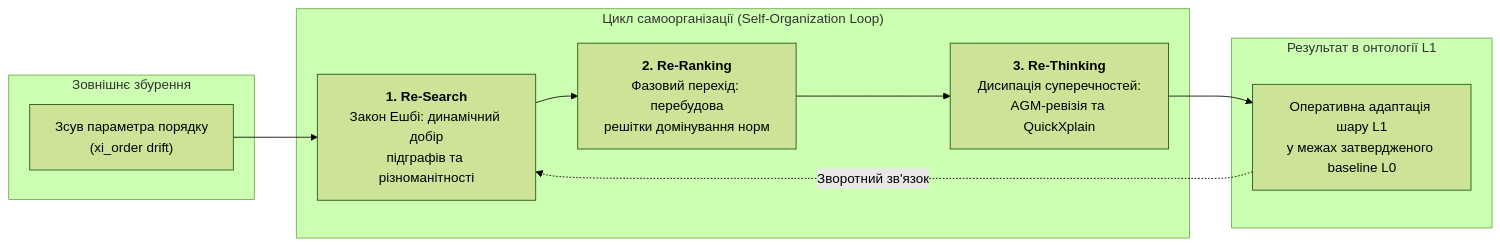
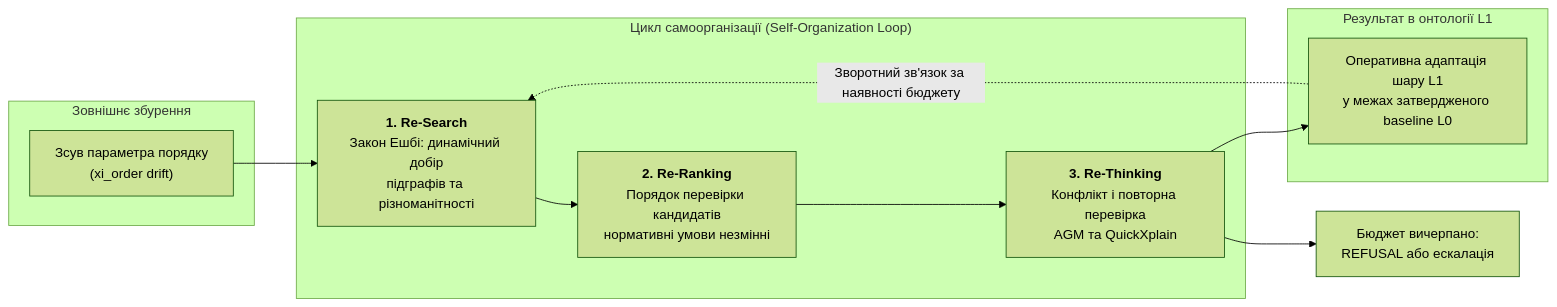
The fifth of 6 diagrams in ExpertSystem/ch35-self-organizing-expert-systems-synergetics-and-npu-runtime.md (nick-fedchik/articles), drawn with Mermaid (forest theme) before and after one commit. The commit also changed other lines of this file and 7 other files, not shown here.

````diff
--- a/ExpertSystem/ch35-self-organizing-expert-systems-synergetics-and-npu-runtime.md
+++ b/ExpertSystem/ch35-self-organizing-expert-systems-synergetics-and-npu-runtime.md
@@ -321,22 +478,25 @@
 ```mermaid
 flowchart LR
+	accTitle: Обмежений цикл добору та перевірки кандидатів
+	accDescr: Пошук і ранжування не змінюють нормативний допуск, а повторення має бюджет і може завершитися відмовою.
     subgraph "Зовнішнє збурення"
         P["Зсув параметра порядку<br/>(xi_order drift)"]
     end
 
     subgraph "Цикл самоорганізації (Self-Organization Loop)"
         RS["<b>1. Re-Search</b><br/>Закон Ешбі: динамічний добір<br/>підграфів та різноманітності"]
-        RR["<b>2. Re-Ranking</b><br/>Фазовий перехід: перебудова<br/>решітки домінування норм"]
-        RT["<b>3. Re-Thinking</b><br/>Дисипація суперечностей:<br/>AGM-ревізія та QuickXplain"]
+		RR["<b>2. Re-Ranking</b><br/>Порядок перевірки кандидатів<br/>нормативні умови незмінні"]
+		RT["<b>3. Re-Thinking</b><br/>Конфлікт і повторна перевірка<br/>AGM та QuickXplain"]
     end
 
     subgraph "Результат в онтології L1"
         KB["Оперативна адаптація шару L1<br/>у межах затвердженого baseline L0"]
     end
 
     P --> RS
     RS --> RR
     RR --> RT
     RT --> KB
-    KB -.->|"Зворотний зв'язок"| RS
+	KB -.->|"Зворотний зв'язок за наявності бюджету"| RS
+	RT --> STOP["Бюджет вичерпано:<br/>REFUSAL або ескалація"]
 ```
````
